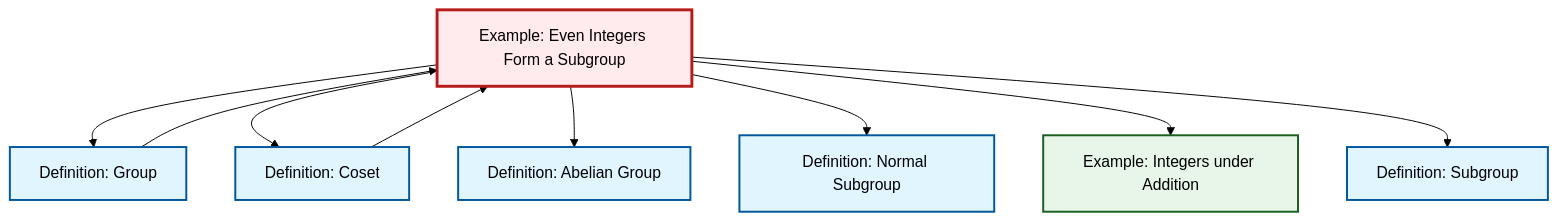
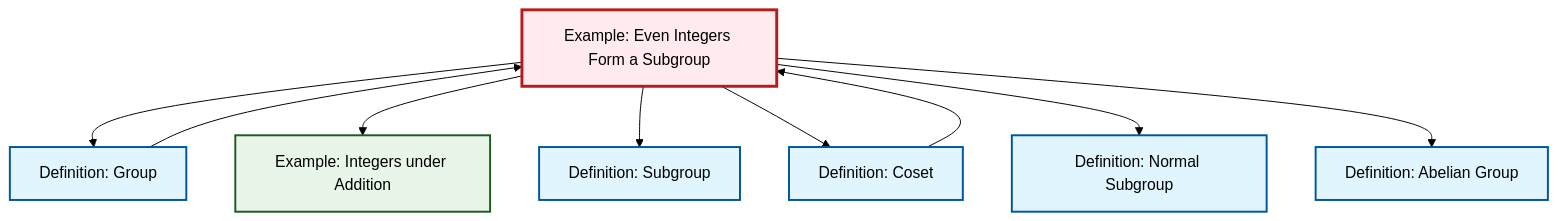
One commit to RK0429/ModernMath changed the diagram in content/ja/algebra/ex-even-integers-subgroup.qmd. Above: the diagram before and after it, drawn with Mermaid (forest theme). The commit also changed other lines of this file and 360 other files, not shown here.

````diff
--- a/content/ja/algebra/ex-even-integers-subgroup.qmd
+++ b/content/ja/algebra/ex-even-integers-subgroup.qmd
@@ -52,31 +52,31 @@
 ```{mermaid}
 %%| fig-cap: "Local dependency graph"
 graph TD
     classDef definition fill:#e1f5fe,stroke:#01579b,stroke-width:2px
     classDef theorem fill:#f3e5f5,stroke:#4a148c,stroke-width:2px
     classDef axiom fill:#fff3e0,stroke:#e65100,stroke-width:2px
     classDef example fill:#e8f5e9,stroke:#1b5e20,stroke-width:2px
     classDef current fill:#ffebee,stroke:#b71c1c,stroke-width:3px
+    def-normal-subgroup["Definition: Normal Subgroup"]:::definition
     ex-even-integers-subgroup["Example: Even Integers Form a Subgroup"]:::example
-    def-normal-subgroup["Definition: Normal Subgroup"]:::definition
     def-abelian-group["Definition: Abelian Group"]:::definition
-    def-subgroup["Definition: Subgroup"]:::definition
+    ex-integers-addition["Example: Integers under Addition"]:::example
     def-coset["Definition: Coset"]:::definition
     def-group["Definition: Group"]:::definition
-    ex-integers-addition["Example: Integers under Addition"]:::example
+    def-subgroup["Definition: Subgroup"]:::definition
     ex-even-integers-subgroup --> def-group
+    ex-even-integers-subgroup --> ex-integers-addition
+    ex-even-integers-subgroup --> def-subgroup
     ex-even-integers-subgroup --> def-coset
+    ex-even-integers-subgroup --> def-normal-subgroup
+    def-group --> ex-even-integers-subgroup
     def-coset --> ex-even-integers-subgroup
     ex-even-integers-subgroup --> def-abelian-group
-    def-group --> ex-even-integers-subgroup
-    ex-even-integers-subgroup --> def-normal-subgroup
-    ex-even-integers-subgroup --> ex-integers-addition
-    ex-even-integers-subgroup --> def-subgroup
     class ex-even-integers-subgroup current
     click def-normal-subgroup "def-normal-subgroup.html" "Definition: Normal Subgroupへ"
     click def-abelian-group "def-abelian-group.html" "Definition: Abelian Groupへ"
-    click def-subgroup "def-subgroup.html" "Definition: Subgroupへ"
+    click ex-integers-addition "ex-integers-addition.html" "Example: Integers under Additionへ"
     click def-coset "def-coset.html" "Definition: Cosetへ"
     click def-group "def-group.html" "Definition: Groupへ"
-    click ex-integers-addition "ex-integers-addition.html" "Example: Integers under Additionへ"
+    click def-subgroup "def-subgroup.html" "Definition: Subgroupへ"
 ```
````
